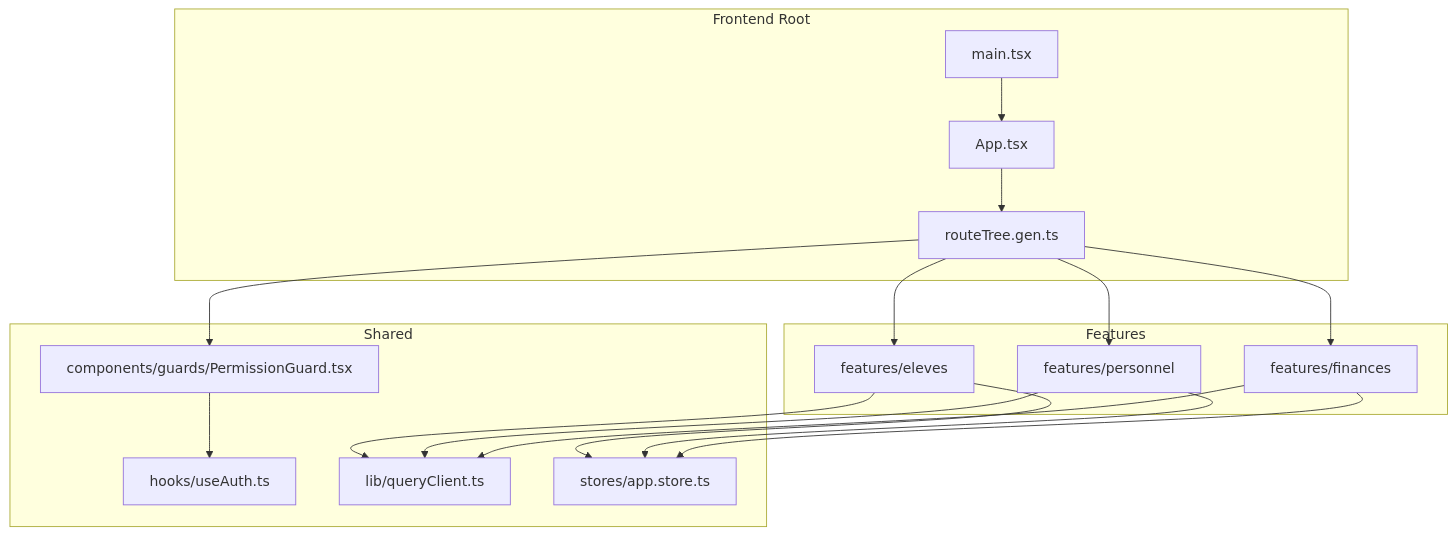
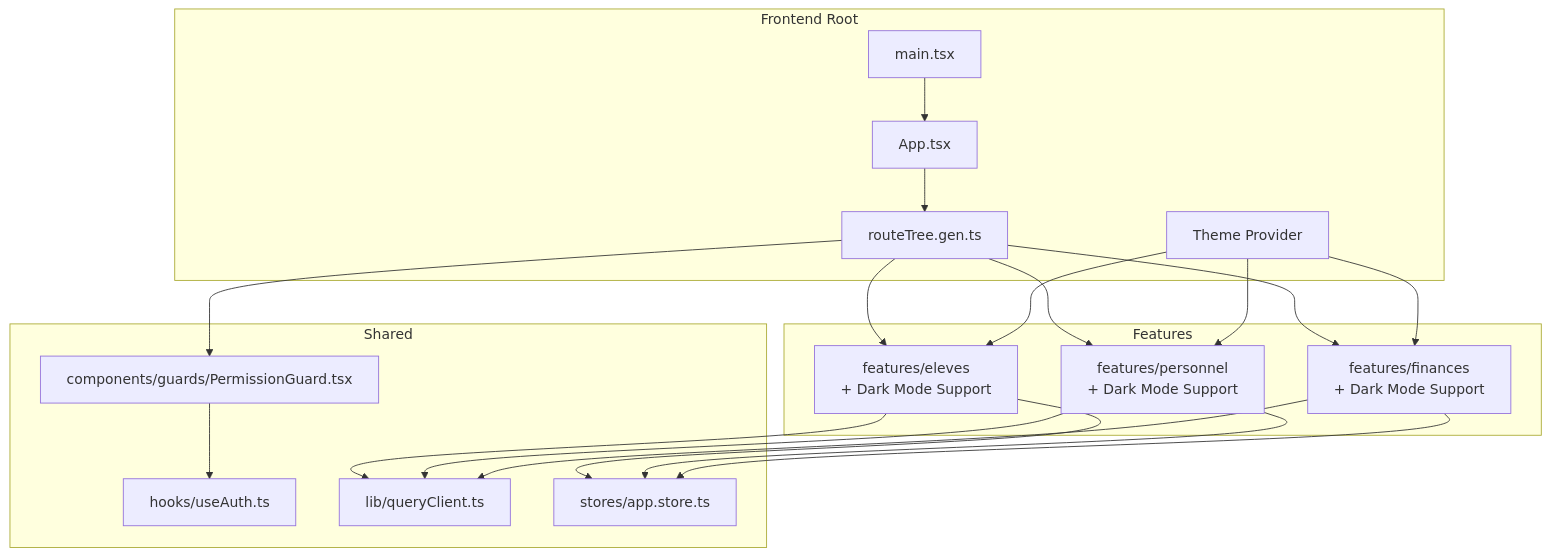
The first of 8 diagrams in .qoder/repowiki/en/content/System Architecture/Frontend Architecture/Component Architecture/Feature-Specific Components.md (franckylab/eLISAschool), drawn with Mermaid before and after one commit. The commit also changed other lines of this file and 79 other files, not shown here.

````diff
--- a/.qoder/repowiki/en/content/System Architecture/Frontend Architecture/Component Architecture/Feature-Specific Components.md
+++ b/.qoder/repowiki/en/content/System Architecture/Frontend Architecture/Component Architecture/Feature-Specific Components.md
@@ -62,32 +71,36 @@
 ```mermaid
 graph TB
 subgraph "Frontend Root"
 App["App.tsx"]
 Main["main.tsx"]
 RTG["routeTree.gen.ts"]
+Theme["Theme Provider"]
 end
 subgraph "Features"
-Eleves["features/eleves"]
-Personnel["features/personnel"]
-Finances["features/finances"]
+Eleves["features/eleves<br/>+ Dark Mode Support"]
+Personnel["features/personnel<br/>+ Dark Mode Support"]
+Finances["features/finances<br/>+ Dark Mode Support"]
 end
 subgraph "Shared"
 Guards["components/guards/PermissionGuard.tsx"]
 AuthHook["hooks/useAuth.ts"]
 QueryClient["lib/queryClient.ts"]
 AppStore["stores/app.store.ts"]
 end
 App --> RTG
 Main --> App
 RTG --> Eleves
 RTG --> Personnel
 RTG --> Finances
+Theme --> Eleves
+Theme --> Personnel
+Theme --> Finances
 Eleves --> QueryClient
 Personnel --> QueryClient
 Finances --> QueryClient
 Eleves --> AppStore
 Personnel --> AppStore
 Finances --> AppStore
 RTG --> Guards
 Guards --> AuthHook
 ```
````
